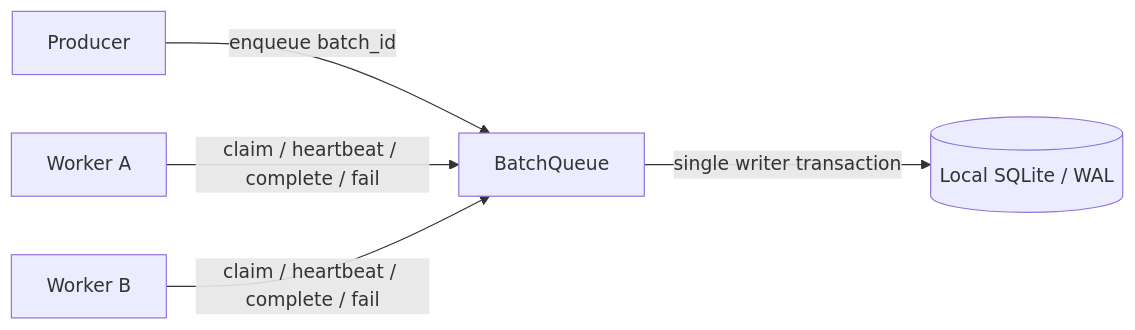
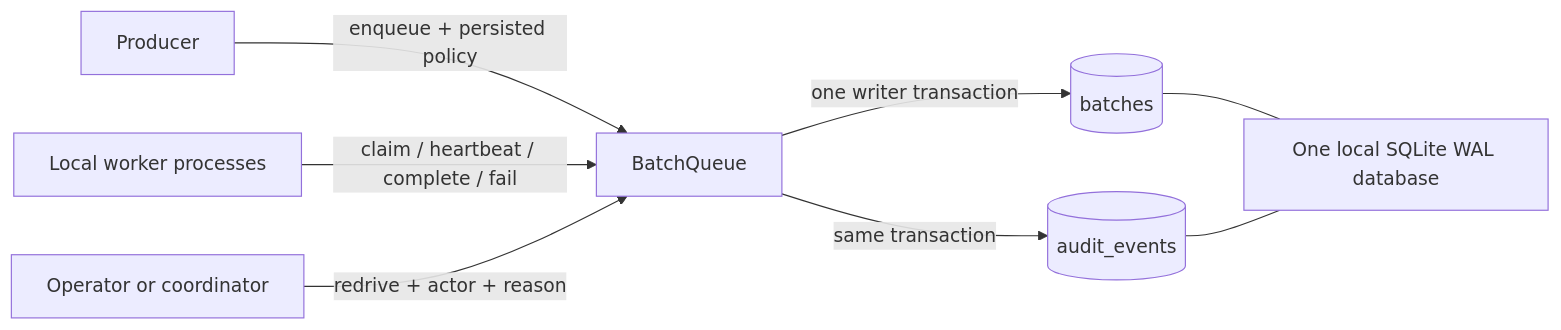
Before and after one commit to 2328956238/reliable-batch-queue: the first of 2 diagrams in README.md, drawn with Mermaid. The commit also changed other lines of this file and 7 other files, not shown here.

````diff
--- a/README.md
+++ b/README.md
@@ -66,7 +54,10 @@
 ```mermaid
 flowchart LR
-    P[Producer] -->|enqueue batch_id| Q[BatchQueue]
-    A[Worker A] -->|claim / heartbeat / complete / fail| Q
-    B[Worker B] -->|claim / heartbeat / complete / fail| Q
-    Q -->|single writer transaction| DB[(Local SQLite / WAL)]
+    P[Producer] -->|enqueue + persisted policy| Q[BatchQueue]
+    W[Local worker processes] -->|claim / heartbeat / complete / fail| Q
+    O[Operator or coordinator] -->|redrive + actor + reason| Q
+    Q -->|one writer transaction| B[(batches)]
+    Q -->|same transaction| E[(audit_events)]
+    B --- DB[One local SQLite WAL database]
+    E --- DB
 ```
````
